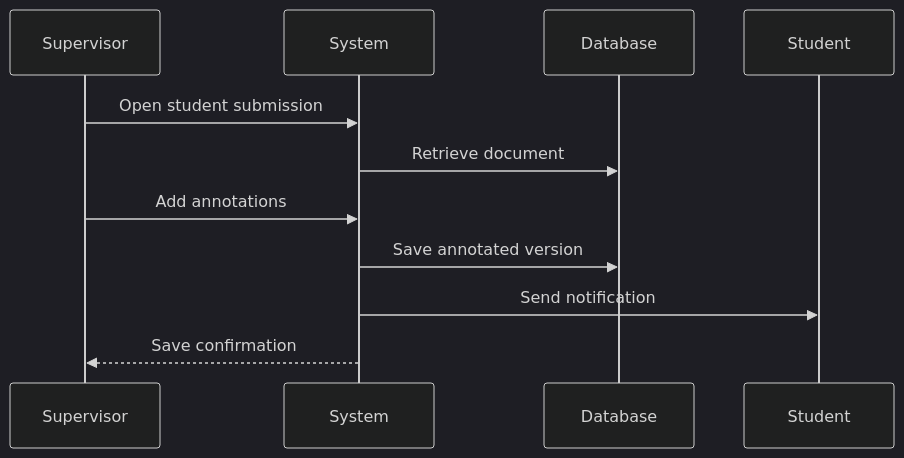
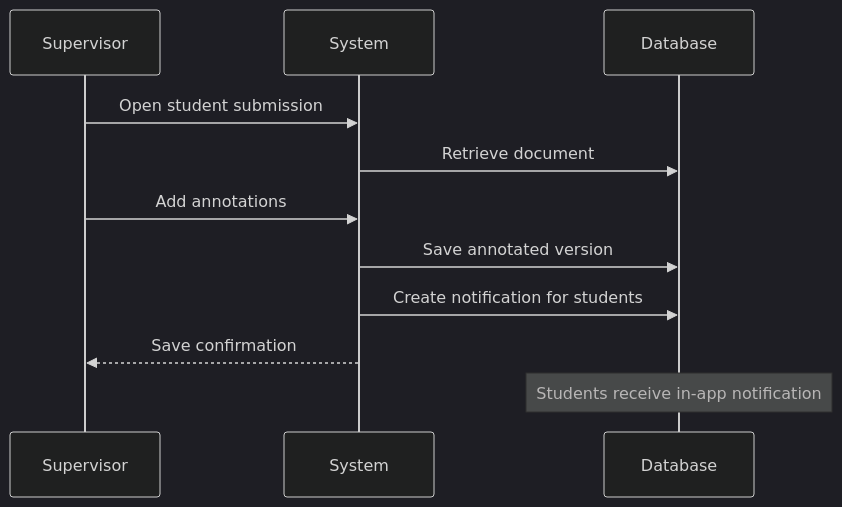
The sixth of 16 diagrams in sequence.md (abdullah2323442/thesisrepo-backup), drawn with Mermaid (dark theme) before and after one commit. The commit also changed other lines of this file, not shown here.

Commit message:
refactor(sequence-diagrams): Enhance student notification processes in report submission and management workflows

````diff
--- a/sequence.md
+++ b/sequence.md
@@ -109,14 +109,15 @@
 ```mermaid
 sequenceDiagram
     participant Supervisor
     participant System
     participant Database
-    participant Student
 
     Supervisor->>System: Open student submission
     System->>Database: Retrieve document
     Supervisor->>System: Add annotations
     System->>Database: Save annotated version
-    System->>Student: Send notification
+    System->>Database: Create notification for students
     System-->>Supervisor: Save confirmation
+    
+    Note over Database: Students receive in-app notification
 ```
````
